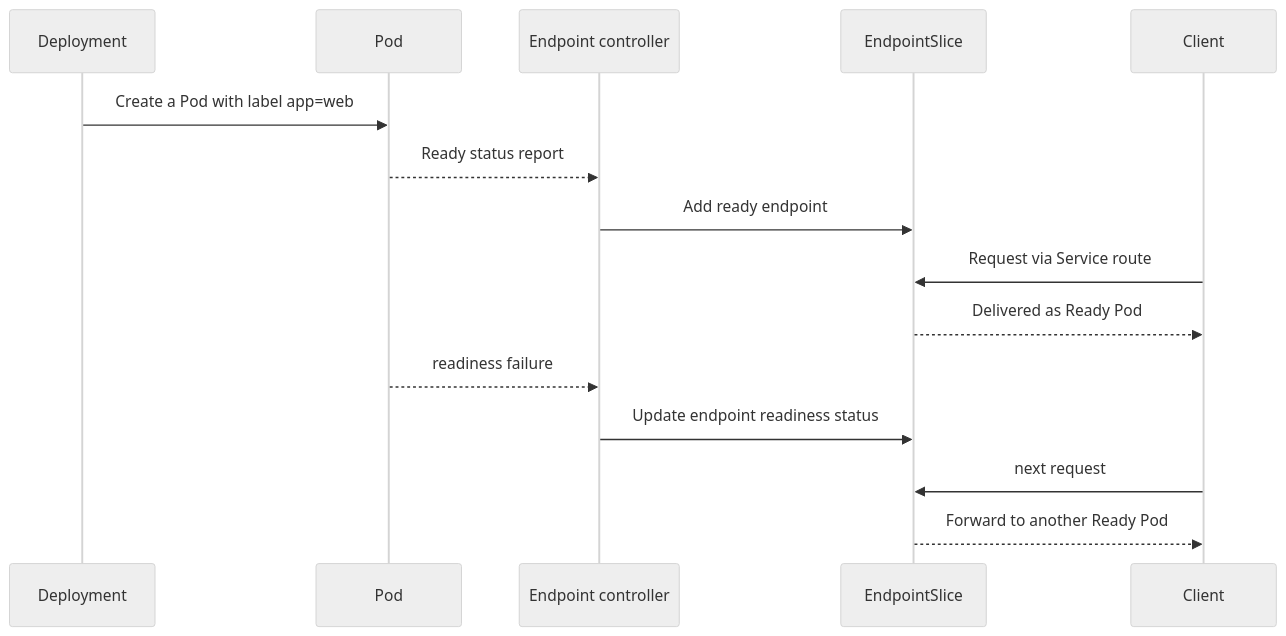
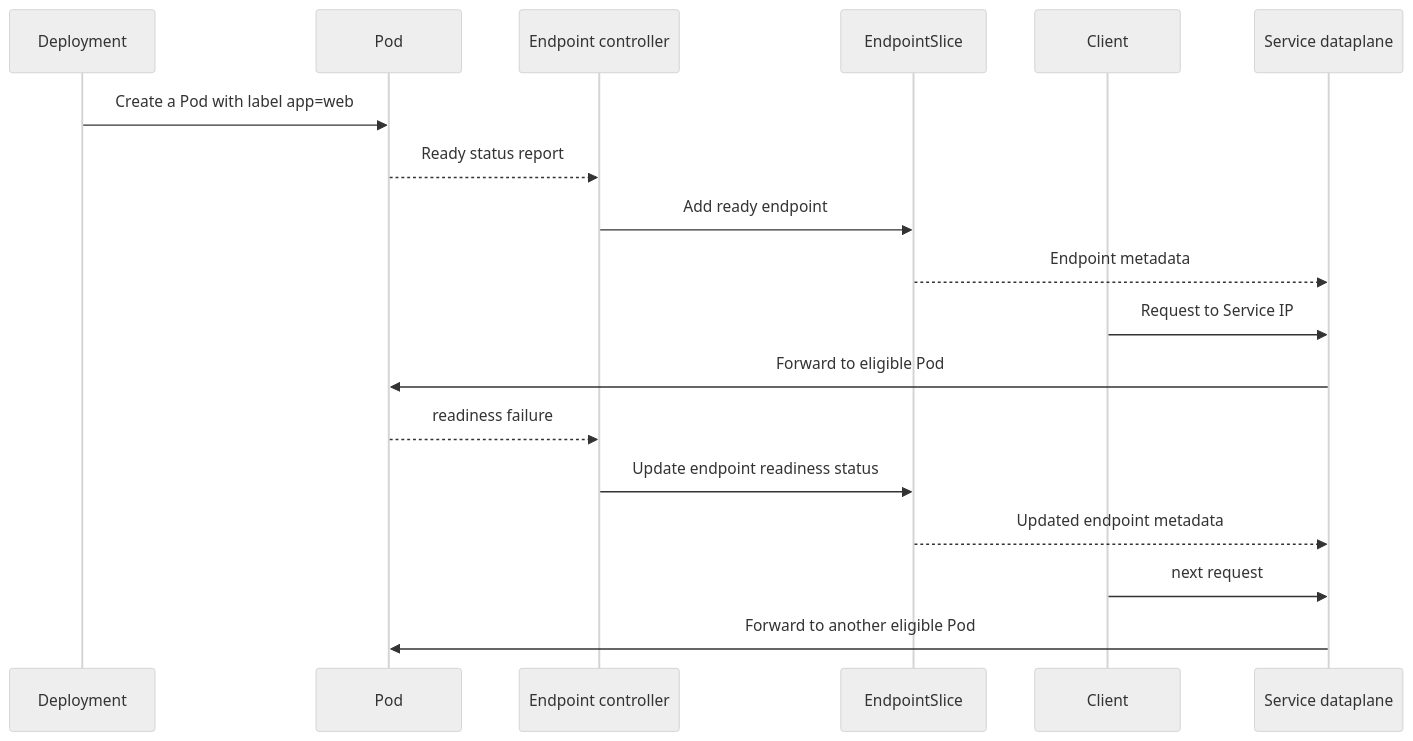
The second of 2 diagrams in docs-site/content/kubernetes/05-services-and-networking.md (nohdol97/nohdol-study), drawn with Mermaid (neutral theme) before and after one commit. The commit also changed other lines of this file and 88 other files, not shown here.

````diff
--- a/docs-site/content/kubernetes/05-services-and-networking.md
+++ b/docs-site/content/kubernetes/05-services-and-networking.md
@@ -32,17 +34,20 @@
 ```mermaid
 sequenceDiagram
     participant D as Deployment
     participant P as Pod
     participant E as Endpoint controller
     participant S as EndpointSlice
     participant C as Client
+    participant N as Service dataplane
     D->>P: Create a Pod with label app=web
     P-->>E: Ready status report
     E->>S: Add ready endpoint
-    C->>S: Request via Service route
-    S-->>C: Delivered as Ready Pod
+    S-->>N: Endpoint metadata
+    C->>N: Request to Service IP
+    N->>P: Forward to eligible Pod
     P-->>E: readiness failure
     E->>S: Update endpoint readiness status
-    C->>S: next request
-    S-->>C: Forward to another Ready Pod
+    S-->>N: Updated endpoint metadata
+    C->>N: next request
+    N->>P: Forward to another eligible Pod
 ```
````
